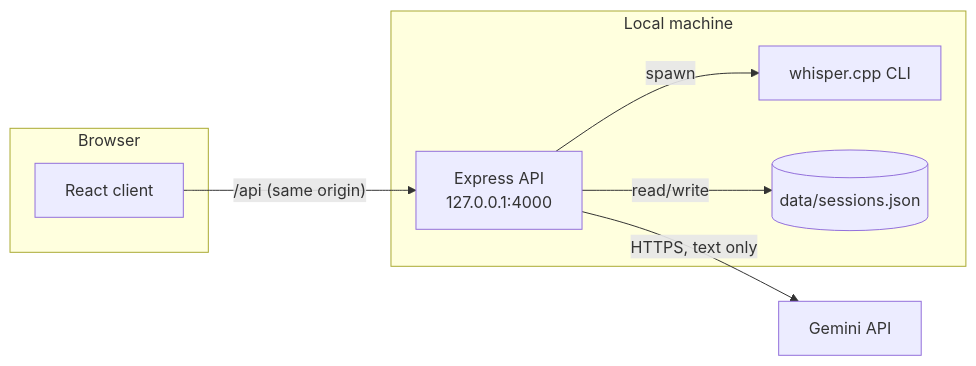
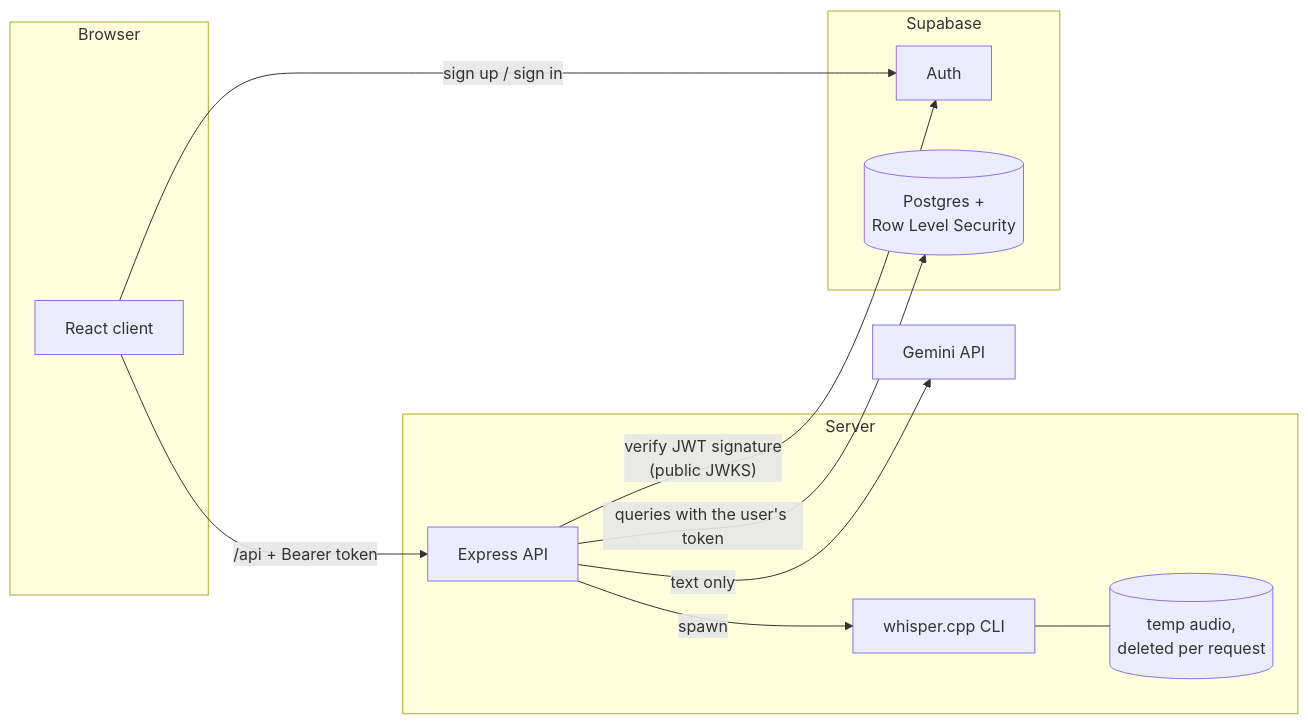
The diagram in README.md (taya12hu/Speak-Up), drawn with Mermaid before and after one commit. The commit also changed other lines of this file and 3 other files, not shown here.

First line of the commit message:
docs: document multi-user setup, security model and migration

````diff
--- a/README.md
+++ b/README.md
@@ -36,17 +39,24 @@
 ```mermaid
 flowchart LR
   subgraph Browser
     UI[React client]
   end
-  subgraph Local machine
-    API[Express API<br/>127.0.0.1:4000]
+  subgraph Server
+    API[Express API]
     W[whisper.cpp CLI]
-    F[(data/sessions.json)]
+    T[(temp audio,<br/>deleted per request)]
+  end
+  subgraph Supabase
+    A[Auth]
+    DB[(Postgres +<br/>Row Level Security)]
   end
   G[Gemini API]
 
-  UI -- "/api (same origin)" --> API
+  UI -- sign up / sign in --> A
+  UI -- "/api + Bearer token" --> API
+  API -- verify JWT signature<br/>(public JWKS) --> A
+  API -- "queries with the user's token" --> DB
   API -- spawn --> W
-  API -- read/write --> F
-  API -- HTTPS, text only --> G
+  W --- T
+  API -- text only --> G
 ```
````
